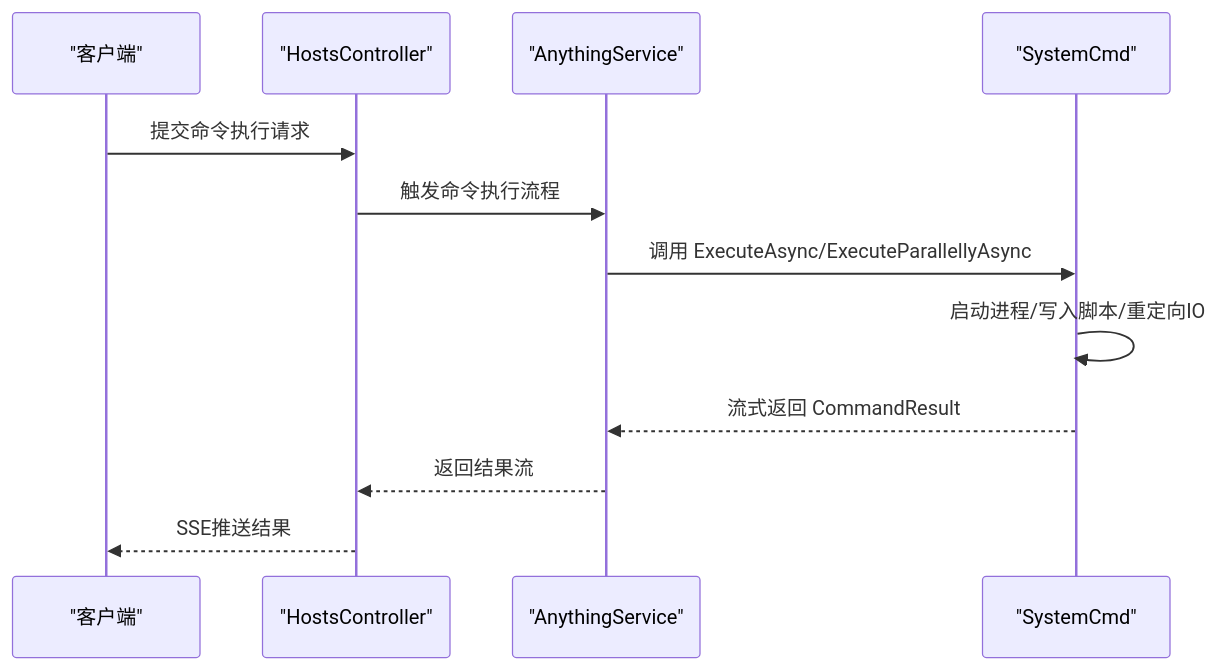
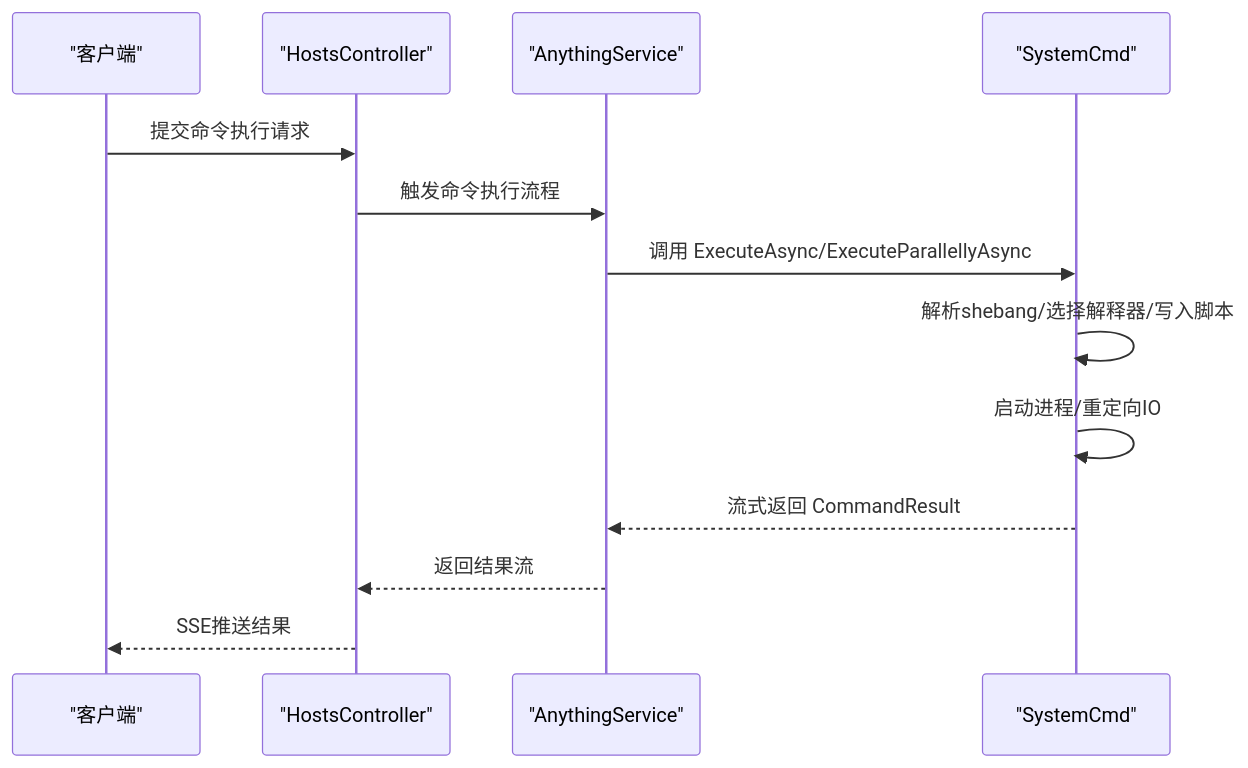
Before and after one commit to Sosososolong/AirGo: the second of 7 diagrams in .qoder/repowiki/zh/content/项目概述/核心特性/工具库系统/系统命令执行器.md, drawn with Mermaid. The commit also changed other lines of this file and 15 other files, not shown here.

````diff
--- a/.qoder/repowiki/zh/content/项目概述/核心特性/工具库系统/系统命令执行器.md
+++ b/.qoder/repowiki/zh/content/项目概述/核心特性/工具库系统/系统命令执行器.md
@@ -121,14 +136,15 @@
 ```mermaid
 sequenceDiagram
 participant Client as "客户端"
 participant HC as "HostsController"
 participant AS as "AnythingService"
 participant SC as "SystemCmd"
 Client->>HC : 提交命令执行请求
 HC->>AS : 触发命令执行流程
 AS->>SC : 调用 ExecuteAsync/ExecuteParallellyAsync
-SC->>SC : 启动进程/写入脚本/重定向IO
+SC->>SC : 解析shebang/选择解释器/写入脚本
+SC->>SC : 启动进程/重定向IO
 SC-->>AS : 流式返回 CommandResult
 AS-->>HC : 返回结果流
 HC-->>Client : SSE推送结果
 ```
````
